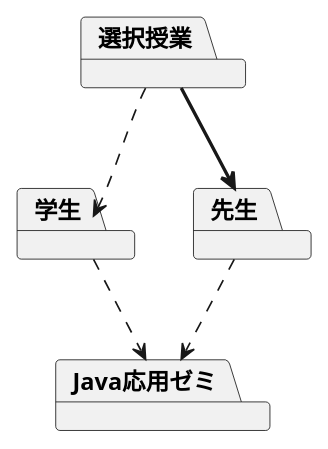
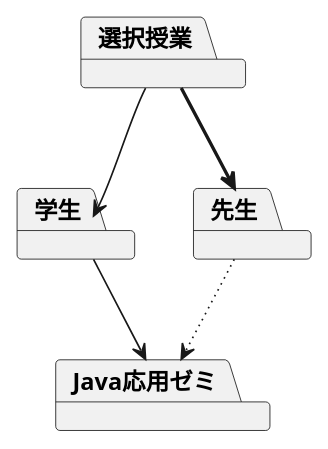
Before and after one commit to allface017/uml-introduction: the diagram in 例題8_UC_パッケージ.pu, drawn with PlantUML.

Commit message:
線種を変更しました

```diff
--- a/例題8_UC_パッケージ.pu
+++ b/例題8_UC_パッケージ.pu
@@ -1,13 +1,21 @@
 @startuml ユースケース図
 package 選択授業
 package 学生
 package 先生
 package Java応用ゼミ
 
-選択授業 -[dashed]-> 学生
+選択授業 -[plain]-> 学生
 選択授業 -[bold]-> 先生
-学生 -[dashed]-> Java応用ゼミ
-先生 -[dashed]-> Java応用ゼミ
+学生 -[plain]-> Java応用ゼミ
+先生 -[dotted]-> Java応用ゼミ
 
-
+' パッケージを作成する際の線種
+' 線種を変更する場合には -- の間に [bold] のように線種を指定する
+' 例えば太字の場合は -[bold]-> となる。
+' 記述線種
+' [bold]太字
+' [dashed]広い破線
+' [dotted]細かい破線
+' [hidden]描画なし
+' [plain]通常の線
 @enduml
```
